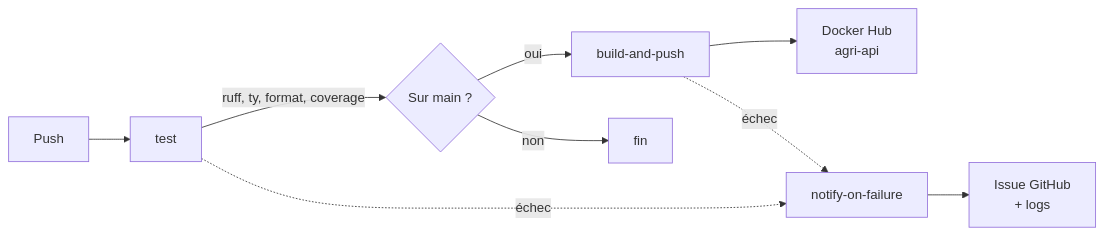
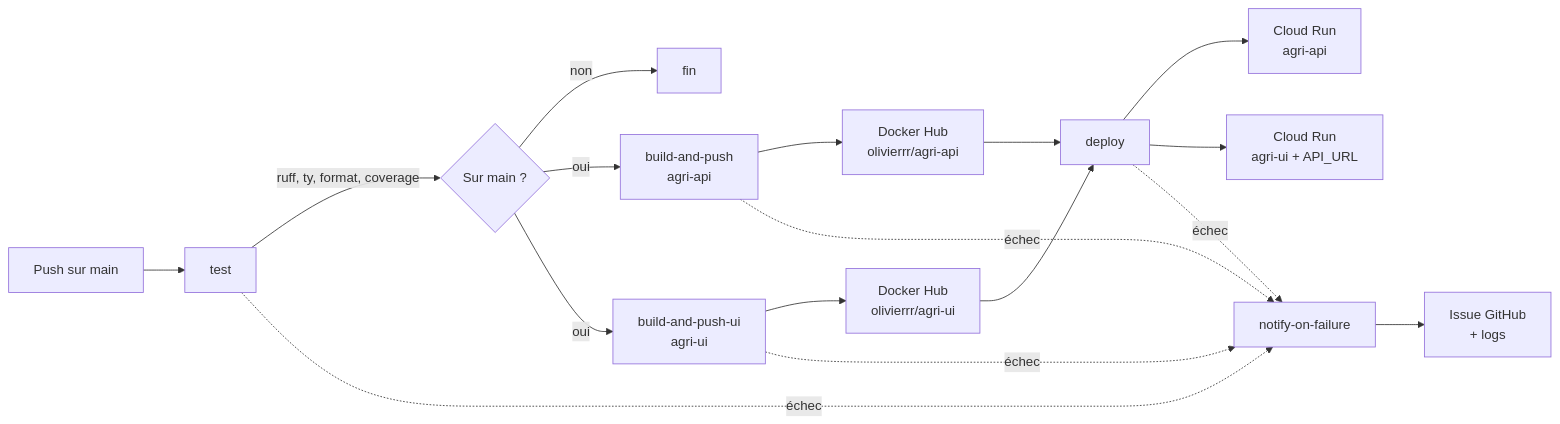
One commit to olivierbinder/agri changed the diagram in docs/05_cicd.md. Above: the diagram before and after it, drawn with Mermaid. The commit also changed other lines of this file and 7 other files, not shown here.

First line of the commit message:
ci(deploy): deploy both images to Cloud Run by digest

````diff
--- a/docs/05_cicd.md
+++ b/docs/05_cicd.md
@@ -14,11 +15,19 @@
 ```mermaid
 flowchart LR
-    A[Push] --> B[test]
+    A[Push sur main] --> B[test]
     B -->|ruff, ty, format, coverage| C{Sur main ?}
-    C -->|oui| D[build-and-push]
     C -->|non| Z[fin]
-    D --> E[Docker Hub<br/>agri-api]
+    C -->|oui| D[build-and-push<br/>agri-api]
+    C -->|oui| D2[build-and-push-ui<br/>agri-ui]
+    D --> H[Docker Hub<br/>olivierrr/agri-api]
+    D2 --> H2[Docker Hub<br/>olivierrr/agri-ui]
+    H --> E[deploy]
+    H2 --> E
+    E --> R1[Cloud Run<br/>agri-api]
+    E --> R2[Cloud Run<br/>agri-ui + API_URL]
     B -.échec.-> N[notify-on-failure]
     D -.échec.-> N
+    D2 -.échec.-> N
+    E -.échec.-> N
     N --> I[Issue GitHub<br/>+ logs]
 ```
````
